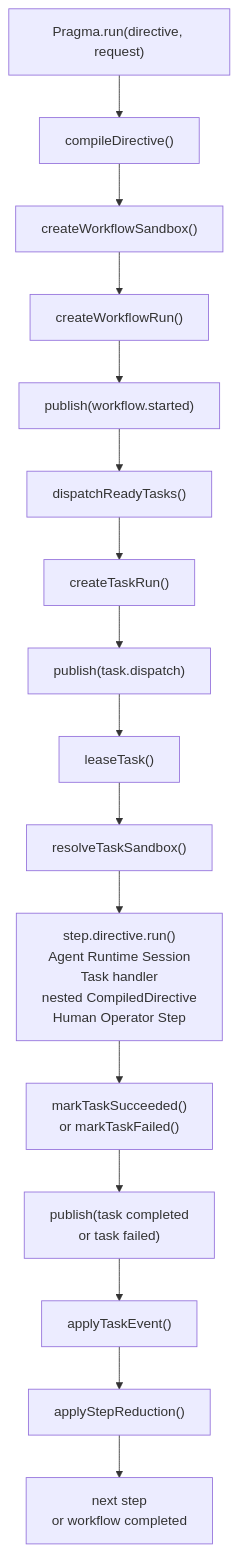
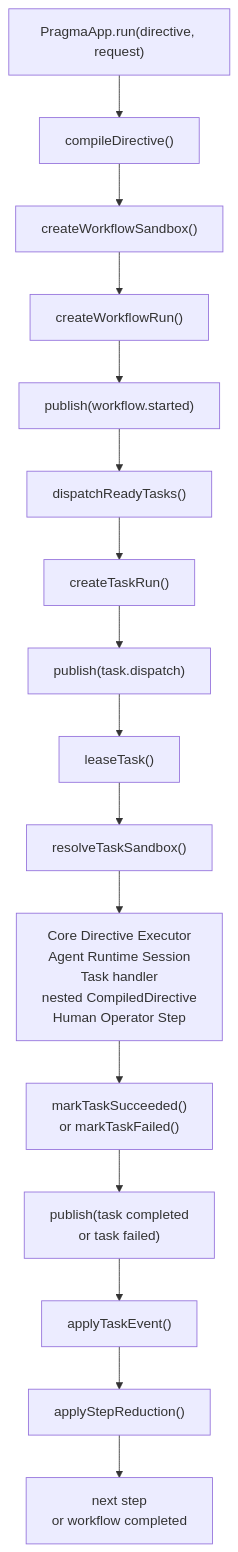
Before and after one commit to pqpo/pragma: diagram 11 of 18 in docs/architecture/agent-core-architecture.md, drawn with Mermaid. The commit also changed other lines of this file and 34 other files, not shown here.

First line of the commit message:
Refactor directive execution handling and improve task management

````diff
--- a/docs/architecture/agent-core-architecture.md
+++ b/docs/architecture/agent-core-architecture.md
@@ -297,23 +297,23 @@
 ```mermaid
 flowchart TB
-  run["Pragma.run(directive, request)"]
+  run["PragmaApp.run(directive, request)"]
   compile["compileDirective()"]
   createSandbox["createWorkflowSandbox()"]
   createWorkflow["createWorkflowRun()"]
   workflowStarted["publish(workflow.started)"]
   dispatch["dispatchReadyTasks()"]
   createTask["createTaskRun()"]
   taskDispatch["publish(task.dispatch)"]
   lease["leaseTask()"]
   resolveSandbox["resolveTaskSandbox()"]
-  stepRun["step.directive.run()<br/>Agent Runtime Session<br/>Task handler<br/>nested CompiledDirective<br/>Human Operator Step"]
+  stepRun["Core Directive Executor<br/>Agent Runtime Session<br/>Task handler<br/>nested CompiledDirective<br/>Human Operator Step"]
   taskResult["markTaskSucceeded()<br/>or markTaskFailed()"]
   taskEvent["publish(task completed<br/>or task failed)"]
   applyTaskEvent["applyTaskEvent()"]
   reduce["applyStepReduction()"]
   next["next step<br/>or workflow completed"]
 
   run --> compile --> createSandbox --> createWorkflow --> workflowStarted --> dispatch
   dispatch --> createTask --> taskDispatch --> lease --> resolveSandbox --> stepRun
   stepRun --> taskResult --> taskEvent --> applyTaskEvent --> reduce --> next
 ```
````
